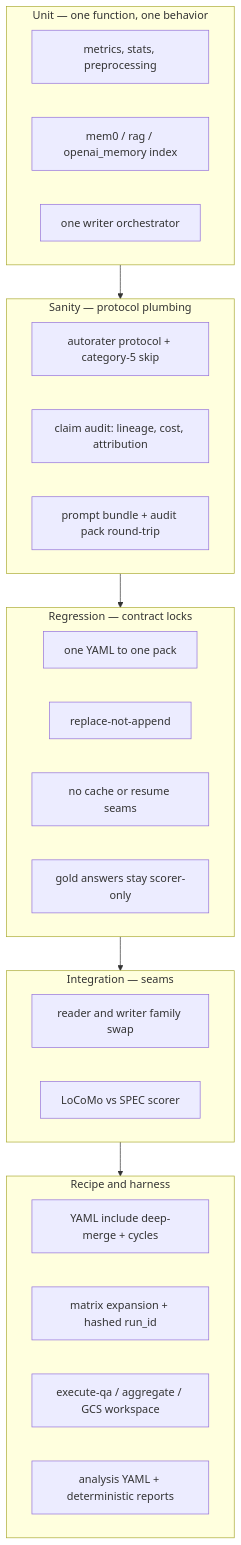
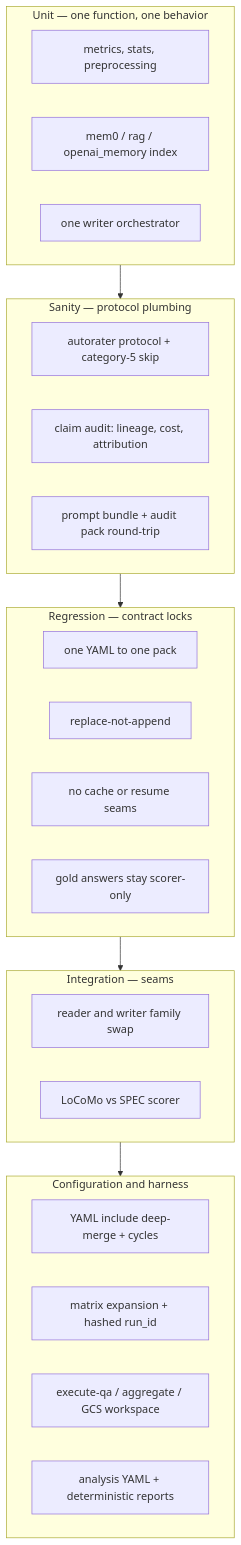
One commit to park-jsdev/long-term-memory-eval changed the tenth of 12 diagrams in docs/architecture.md. Above: the diagram before and after it, drawn with Mermaid. The commit also changed other lines of this file and 43 other files, not shown here.

````diff
--- a/docs/architecture.md
+++ b/docs/architecture.md
@@ -506,30 +594,30 @@
 ```mermaid
 flowchart TB
   subgraph U["Unit — one function, one behavior"]
     U1["metrics, stats, preprocessing"]
     U2["mem0 / rag / openai_memory index"]
     U3["one writer orchestrator"]
   end
   subgraph S["Sanity — protocol plumbing"]
     S1["autorater protocol + category-5 skip"]
     S2["claim audit: lineage, cost, attribution"]
     S3["prompt bundle + audit pack round-trip"]
   end
   subgraph RG["Regression — contract locks"]
     R1["one YAML to one pack"]
     R2["replace-not-append"]
     R3["no cache or resume seams"]
     R4["gold answers stay scorer-only"]
   end
   subgraph I["Integration — seams"]
     I1["reader and writer family swap"]
     I2["LoCoMo vs SPEC scorer"]
   end
-  subgraph C["Recipe and harness"]
+  subgraph C["Configuration and harness"]
     C1["YAML include deep-merge + cycles"]
     C2["matrix expansion + hashed run_id"]
     C3["execute-qa / aggregate / GCS workspace"]
     C4["analysis YAML + deterministic reports"]
   end
   U --> S --> RG --> I --> C
 ```
````
